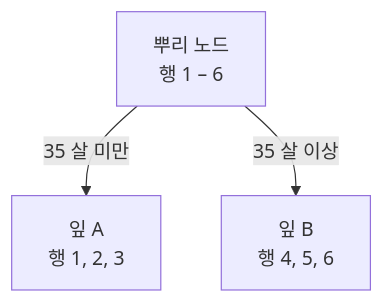
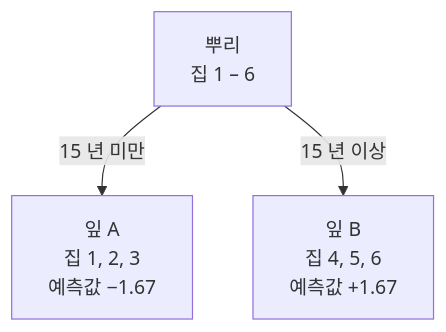
The first of 2 diagrams in content/machine_learning/trees/LightGBM.md (zzong2006/zzong2006.github.io), drawn with Mermaid before and after one commit. The commit also changed other lines of this file, not shown here.

````diff
--- a/content/machine_learning/trees/LightGBM.md
+++ b/content/machine_learning/trees/LightGBM.md
@@ -52,5 +44,5 @@
 ```mermaid
 flowchart TD
-    R["뿌리 노드<br/>행 1 – 6"] -->|"35 살 미만"| A["잎 A<br/>행 1, 2, 3"]
-    R -->|"35 살 이상"| B["잎 B<br/>행 4, 5, 6"]
+    R["뿌리<br/>집 1 – 6"] -->|"15 년 미만"| A["잎 A<br/>집 1, 2, 3<br/>예측값 −1.67"]
+    R -->|"15 년 이상"| B["잎 B<br/>집 4, 5, 6<br/>예측값 +1.67"]
 ```
````
